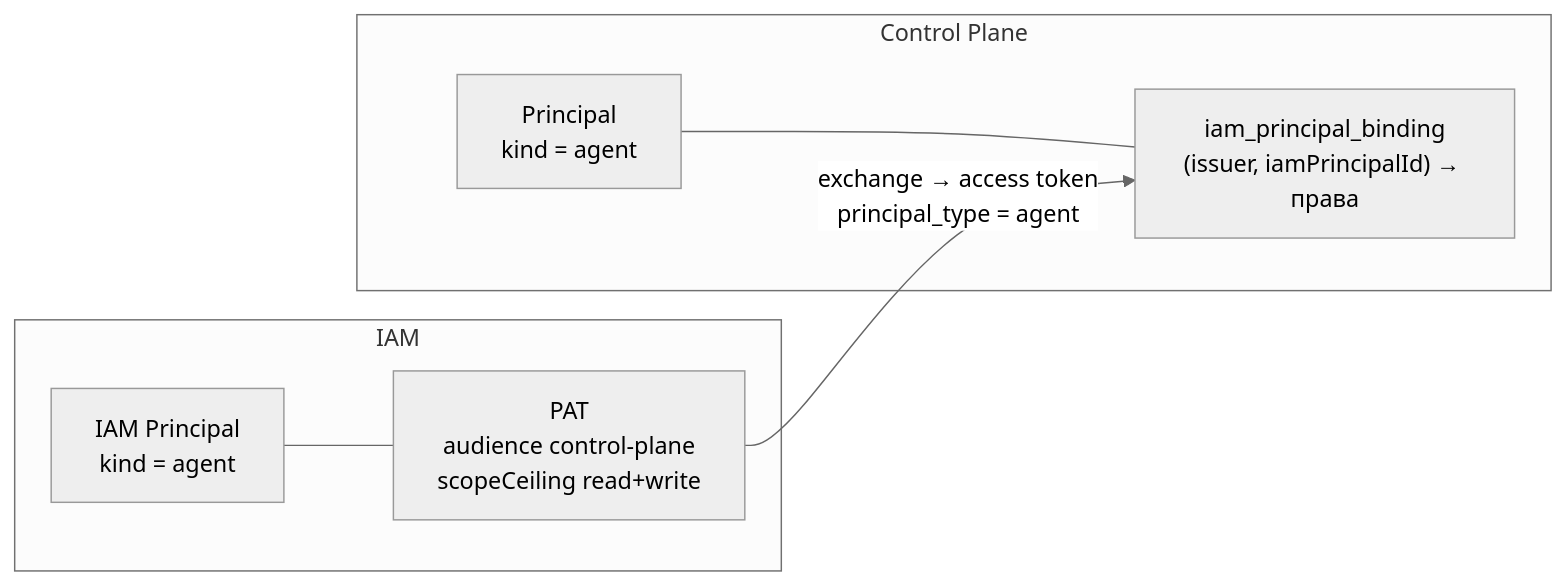
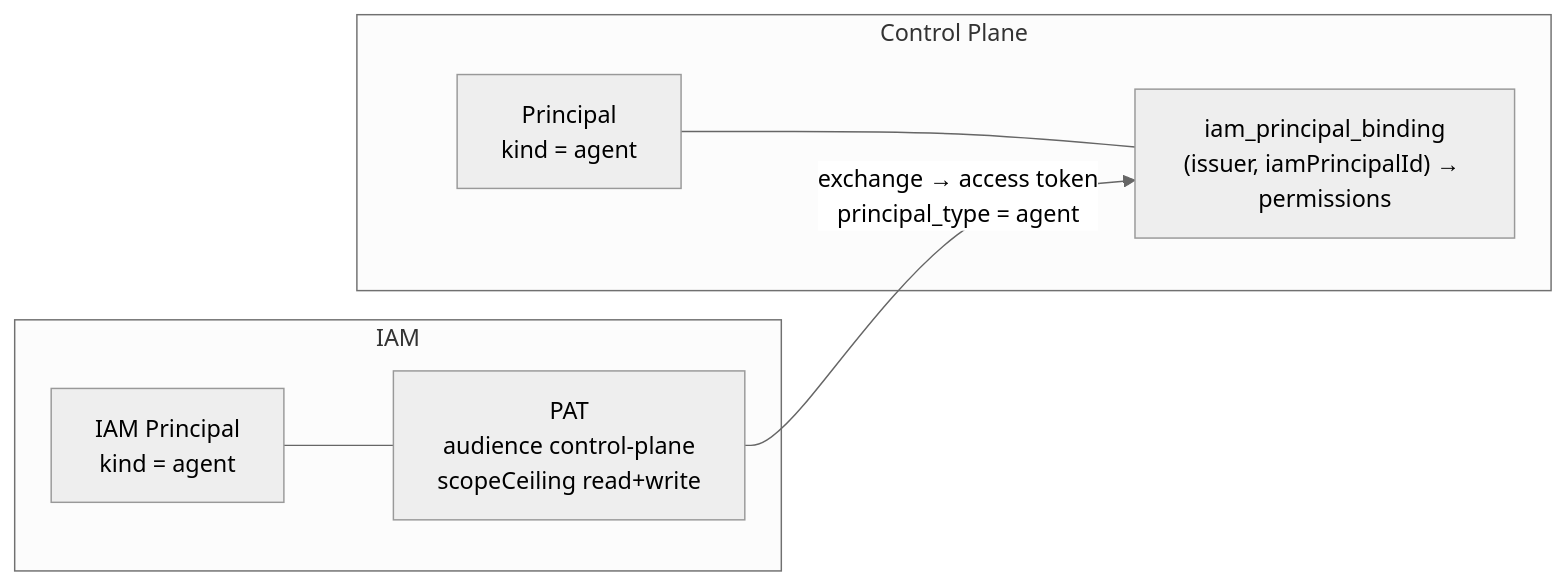
The diagram in guide/docs/runner/agent-identity.md (monthu56/taimen), drawn with Mermaid (neutral theme) before and after one commit. The commit also changed other lines of this file and 183 other files, not shown here.

````diff
--- a/guide/docs/runner/agent-identity.md
+++ b/guide/docs/runner/agent-identity.md
@@ -27,14 +29,14 @@
 ```mermaid
 flowchart LR
     subgraph IAM
         IP["IAM Principal<br/>kind = agent"]
         PAT["PAT<br/>audience control-plane<br/>scopeCeiling read+write"]
         IP --- PAT
     end
     subgraph CP["Control Plane"]
         CPP["Principal<br/>kind = agent"]
-        B["iam_principal_binding<br/>(issuer, iamPrincipalId) → права"]
+        B["iam_principal_binding<br/>(issuer, iamPrincipalId) → permissions"]
         CPP --- B
     end
     PAT -- "exchange → access token<br/>principal_type = agent" --> B
 ```
````
